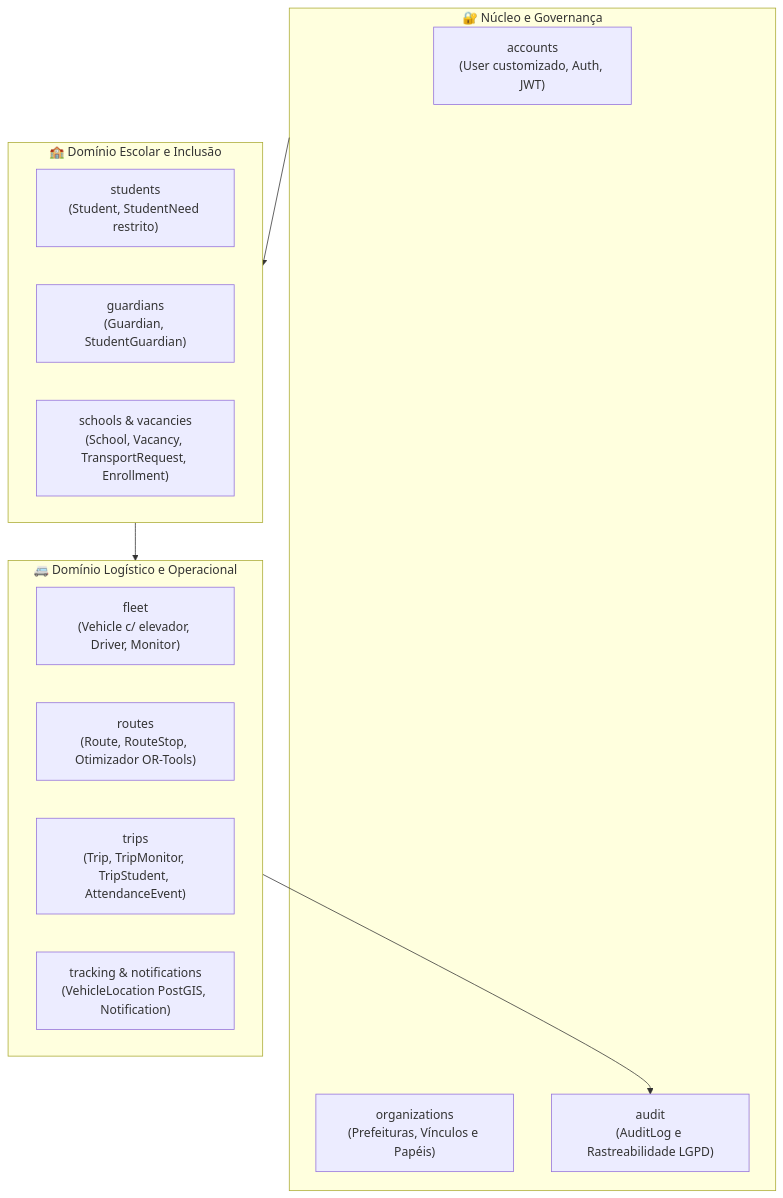
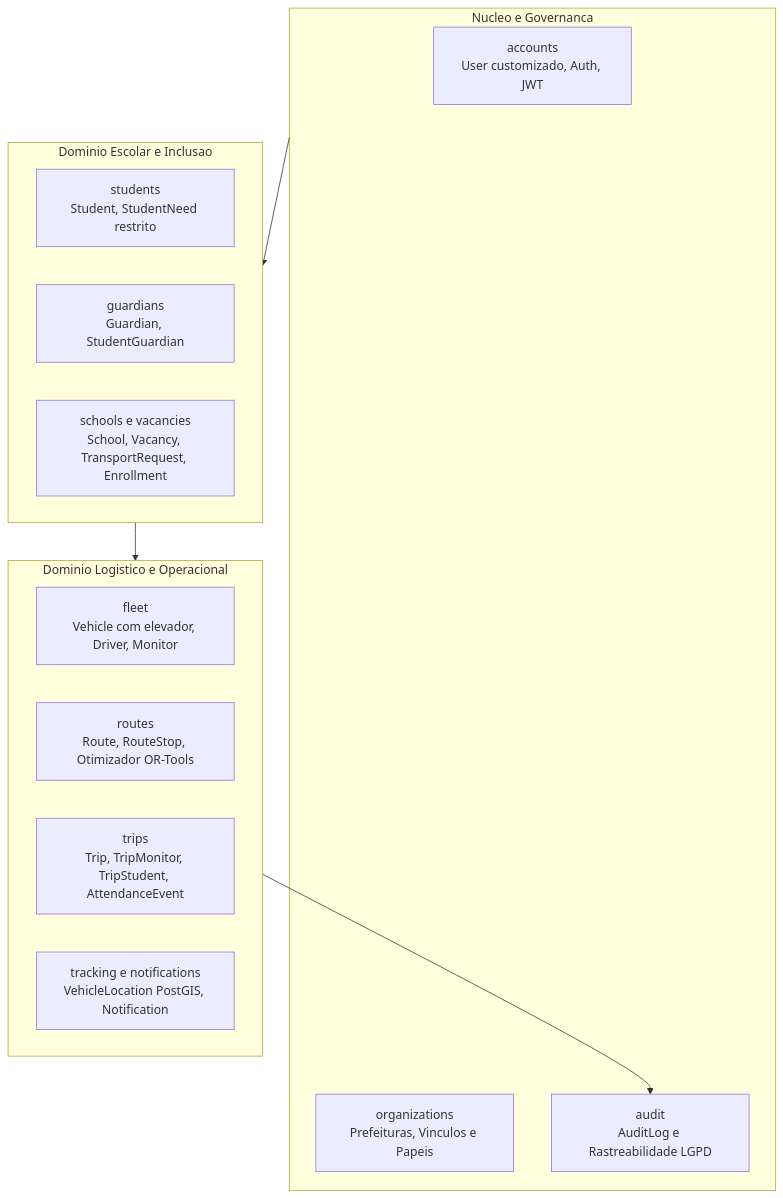
The third of 4 diagrams in docs/ADR-arquitetura.md (projeto-extensionista-11/Sistema-de-Gest-o-de-Vagas-e-Adapta-o-de-Transporte-Escolar-Inclusivo), drawn with Mermaid before and after one commit. The commit also changed other lines of this file and 2 other files, not shown here.

Commit message:
fix(docs): quote Mermaid edge labels and use br tags for GitHub rendering

````diff
--- a/docs/ADR-arquitetura.md
+++ b/docs/ADR-arquitetura.md
@@ -100,25 +100,25 @@
 ```mermaid
 flowchart TB
-    subgraph Core["🔐 Núcleo e Governança"]
-        Accounts["accounts\n(User customizado, Auth, JWT)"]
-        Organizations["organizations\n(Prefeituras, Vínculos e Papéis)"]
-        Audit["audit\n(AuditLog e Rastreabilidade LGPD)"]
+    subgraph Core["Nucleo e Governanca"]
+        Accounts["accounts<br/>User customizado, Auth, JWT"]
+        Organizations["organizations<br/>Prefeituras, Vinculos e Papeis"]
+        Audit["audit<br/>AuditLog e Rastreabilidade LGPD"]
     end
 
-    subgraph Cadastros["🏫 Domínio Escolar e Inclusão"]
-        Students["students\n(Student, StudentNeed restrito)"]
-        Guardians["guardians\n(Guardian, StudentGuardian)"]
-        Schools["schools & vacancies\n(School, Vacancy, TransportRequest, Enrollment)"]
+    subgraph Cadastros["Dominio Escolar e Inclusao"]
+        Students["students<br/>Student, StudentNeed restrito"]
+        Guardians["guardians<br/>Guardian, StudentGuardian"]
+        Schools["schools e vacancies<br/>School, Vacancy, TransportRequest, Enrollment"]
     end
 
-    subgraph Operacao["🚐 Domínio Logístico e Operacional"]
-        Fleet["fleet\n(Vehicle c/ elevador, Driver, Monitor)"]
-        Routes["routes\n(Route, RouteStop, Otimizador OR-Tools)"]
-        Trips["trips\n(Trip, TripMonitor, TripStudent, AttendanceEvent)"]
-        Tracking["tracking & notifications\n(VehicleLocation PostGIS, Notification)"]
+    subgraph Operacao["Dominio Logistico e Operacional"]
+        Fleet["fleet<br/>Vehicle com elevador, Driver, Monitor"]
+        Routes["routes<br/>Route, RouteStop, Otimizador OR-Tools"]
+        Trips["trips<br/>Trip, TripMonitor, TripStudent, AttendanceEvent"]
+        Tracking["tracking e notifications<br/>VehicleLocation PostGIS, Notification"]
     end
 
     Core --> Cadastros
     Cadastros --> Operacao
     Operacao --> Audit
 ```
````
